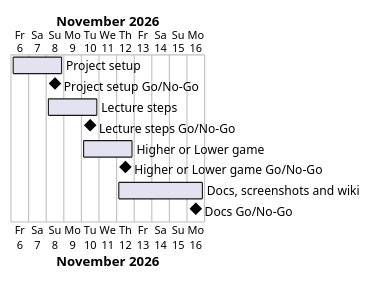
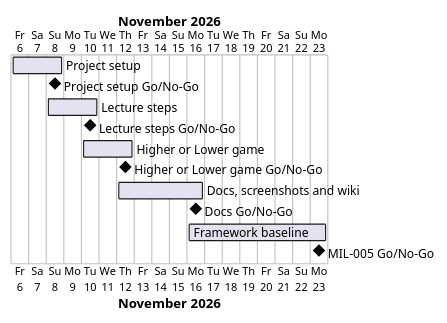
One commit to Tirsvad-Udemy-100-days-of-code/055-higher-lower changed the diagram in docs/project-plan.md. Above: the diagram before and after it, drawn with PlantUML. The commit also changed other lines of this file and 27 other files, not shown here.

First line of the commit message:
Bring the project to the framework baseline (MIL-005)

````diff
--- a/docs/project-plan.md
+++ b/docs/project-plan.md
@@ -37,13 +41,15 @@
 ```plantuml
 @startgantt
 Project starts 2026-11-06
 [Project setup] starts 2026-11-06 and ends 2026-11-08
 [Project setup Go/No-Go] happens 2026-11-08
 [Lecture steps] starts 2026-11-08 and ends 2026-11-10
 [Lecture steps Go/No-Go] happens 2026-11-10
 [Higher or Lower game] starts 2026-11-10 and ends 2026-11-12
 [Higher or Lower game Go/No-Go] happens 2026-11-12
 [Docs, screenshots and wiki] starts 2026-11-12 and ends 2026-11-16
 [Docs Go/No-Go] happens 2026-11-16
+[Framework baseline] starts 2026-11-16 and ends 2026-11-23
+[MIL-005 Go/No-Go] happens 2026-11-23
 @endgantt
 ```
````
